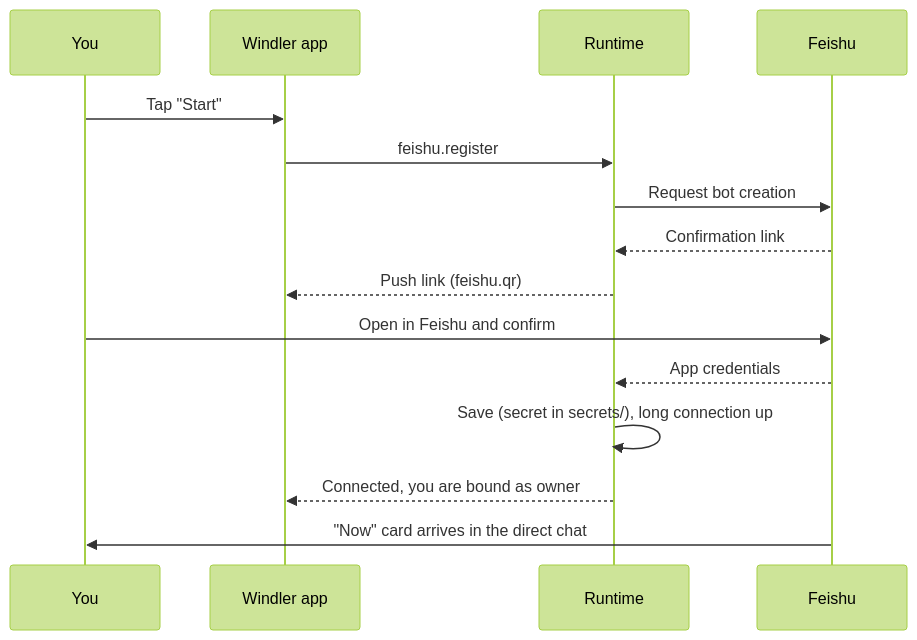
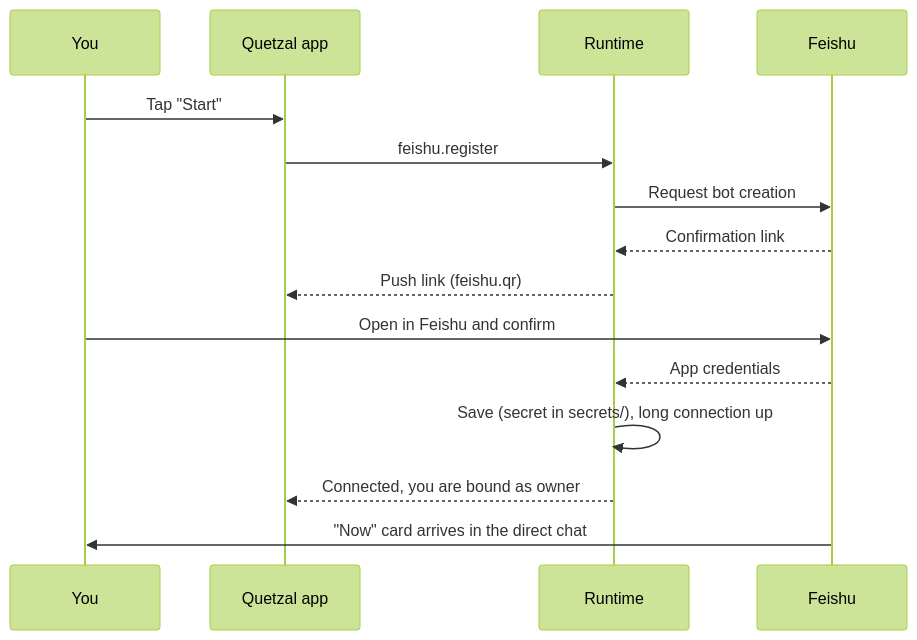
Before and after one commit to Causally-XYZ/Project.Quetzal: the diagram in website/content/docs/en/guide/feishu.md, drawn with Mermaid (forest theme). The commit also changed 150 other files, not shown here.

First line of the commit message:
更名为 Quetzal：运行基座、控制台、npm 包、官网、文档全部由 Windler 改名

````diff
--- a/website/content/docs/en/guide/feishu.md
+++ b/website/content/docs/en/guide/feishu.md
@@ -19,17 +19,17 @@
 ```mermaid
 sequenceDiagram
   participant U as You
-  participant A as Windler app
+  participant A as Quetzal app
   participant R as Runtime
   participant F as Feishu
   U->>A: Tap "Start"
   A->>R: feishu.register
   R->>F: Request bot creation
   F-->>R: Confirmation link
   R-->>A: Push link (feishu.qr)
   U->>F: Open in Feishu and confirm
   F-->>R: App credentials
   R->>R: Save (secret in secrets/), long connection up
   R-->>A: Connected, you are bound as owner
   F->>U: "Now" card arrives in the direct chat
 ```
````
